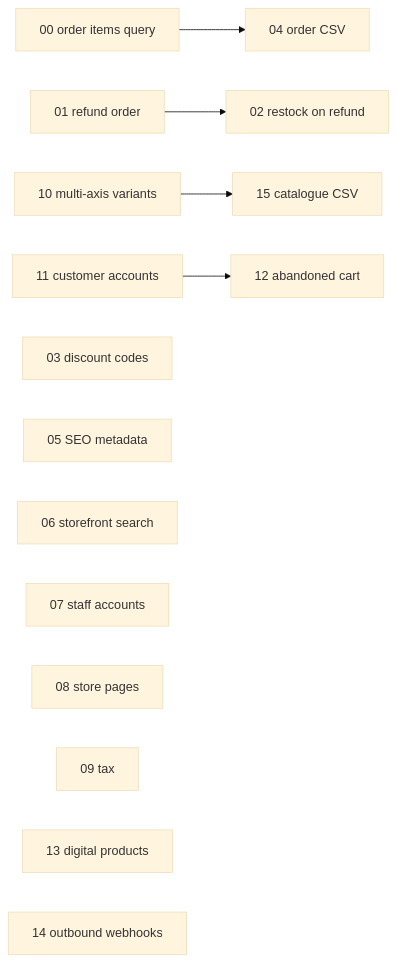
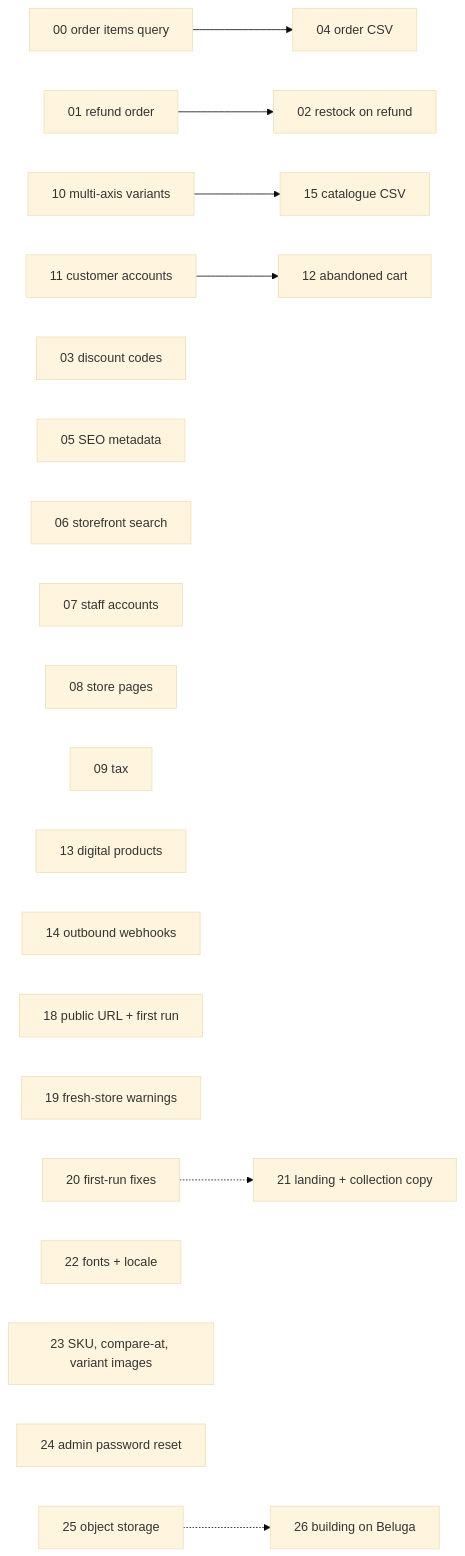
Before and after one commit to binx/yesiwantaplatform: the diagram in docs/tasks/README.md, drawn with Mermaid (base theme). The commit also changed other lines of this file and 10 other files, not shown here.

Commit message:
Add task briefs 18–26 from a first-run review

````diff
--- a/docs/tasks/README.md
+++ b/docs/tasks/README.md
@@ -176,15 +176,22 @@
 ```mermaid
 graph LR
   T00[00 order items query] --> T04[04 order CSV]
   T01[01 refund order] --> T02[02 restock on refund]
   T10[10 multi-axis variants] --> T15[15 catalogue CSV]
   T11[11 customer accounts] --> T12[12 abandoned cart]
   T03[03 discount codes]
   T05[05 SEO metadata]
   T06[06 storefront search]
   T07[07 staff accounts]
   T08[08 store pages]
   T09[09 tax]
   T13[13 digital products]
   T14[14 outbound webhooks]
+  T18[18 public URL + first run]
+  T19[19 fresh-store warnings]
+  T20[20 first-run fixes] -.-> T21[21 landing + collection copy]
+  T22[22 fonts + locale]
+  T23[23 SKU, compare-at, variant images]
+  T24[24 admin password reset]
+  T25[25 object storage] -.-> T26[26 building on Beluga]
 ```
````
